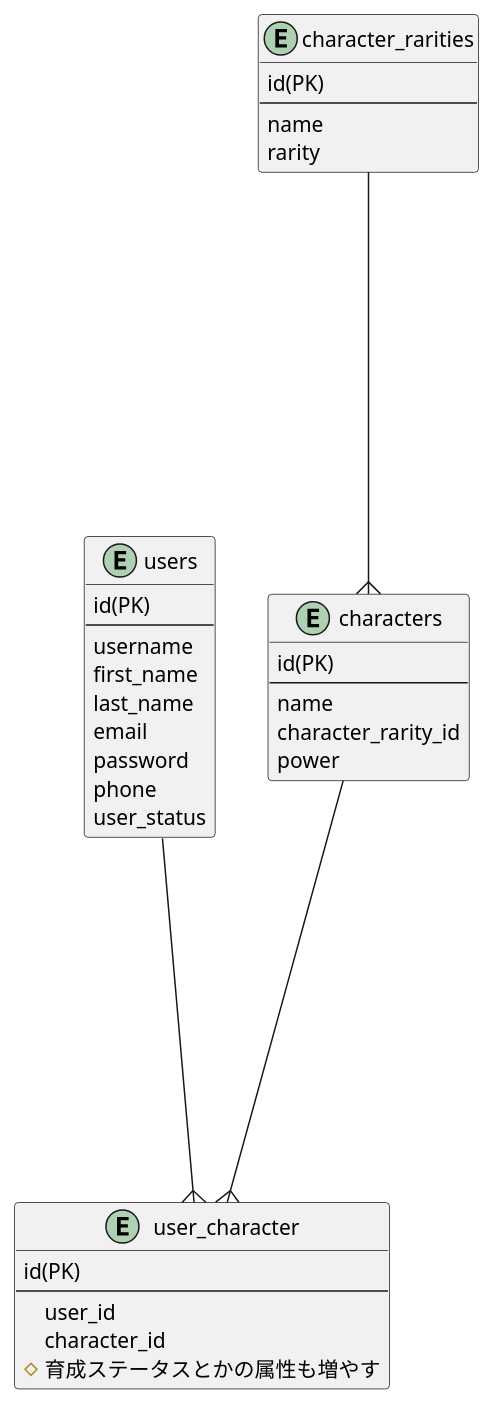
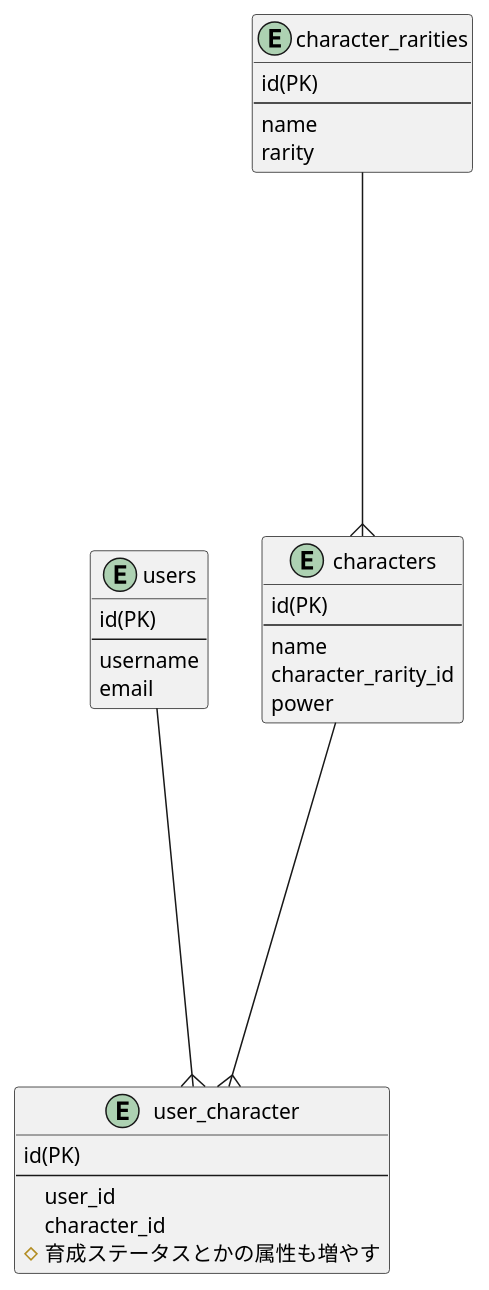
The diagram in other/uml/table.puml (taka011002/go_sample_api_server), drawn with PlantUML before and after one commit.

Commit message:
update uml

```diff
--- a/other/uml/table.puml
+++ b/other/uml/table.puml
@@ -1,41 +1,36 @@
 @startuml
 entity users {
 id(PK)
 --
 username
-first_name
-last_name
 email
-password
-phone
-user_status
 }
 
 entity characters {
 id(PK)
 --
 name
 character_rarity_id
 power
 }
 
 entity user_character {
 id(PK)
 --
 user_id
 character_id
 # 育成ステータスとかの属性も増やす
 }
 
 entity character_rarities {
 id(PK)
 --
 name
 rarity
 }
 
 users -----{ user_character
 characters -----{ user_character
 character_rarities -----{ characters
 
 @enduml
```
